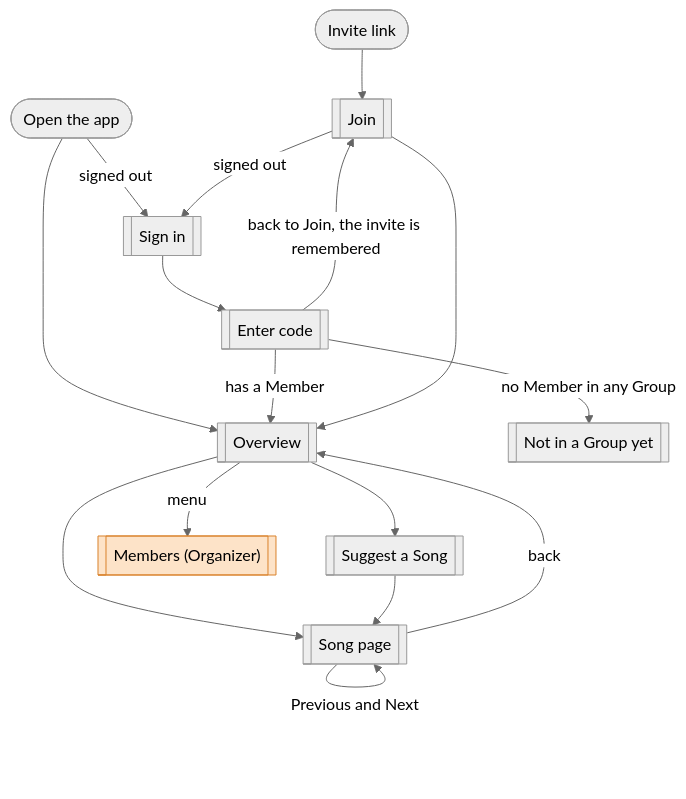
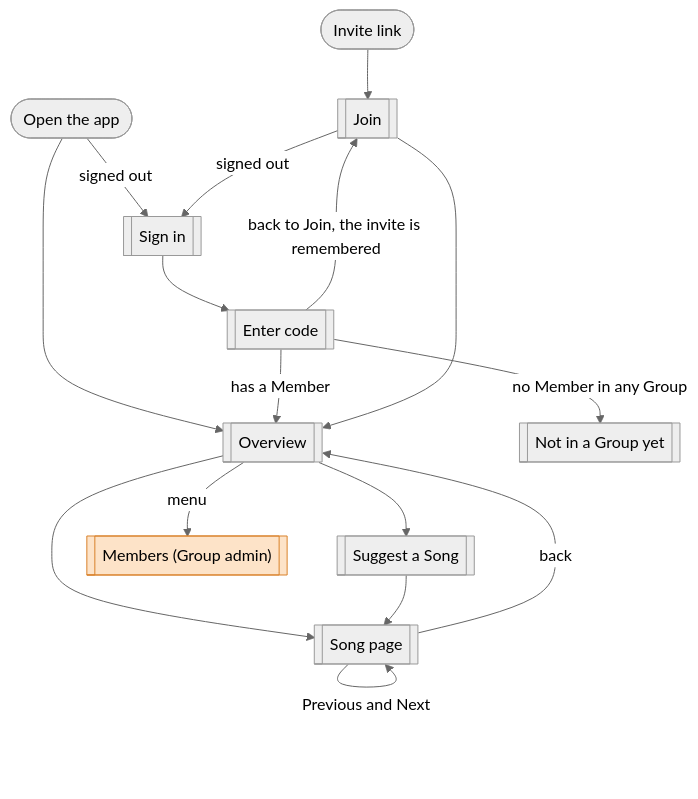
One commit to fekko-dev/musialize changed the sixth of 6 diagrams in docs/product/journeys.md. Above: the diagram before and after it, drawn with Mermaid (neutral theme). The commit also changed other lines of this file and 8 other files, not shown here.

First line of the commit message:
docs: rename Organizer to Group admin and Admin to Super admin

````diff
--- a/docs/product/journeys.md
+++ b/docs/product/journeys.md
@@ -136,20 +136,20 @@
 ```mermaid
 flowchart TD
     INV([Invite link]) --> JOIN[[Join]]
     APP([Open the app]) --> OV[[Overview]]
     APP -- signed out --> SI[[Sign in]]
     JOIN -- signed out --> SI
     SI --> CODE[[Enter code]]
     CODE -- back to Join, the invite is remembered --> JOIN
     CODE -- has a Member --> OV
     CODE -- no Member in any Group --> NG[[Not in a Group yet]]
     JOIN --> OV
     OV --> SUG[[Suggest a Song]]
     OV --> SONG[[Song page]]
     SUG --> SONG
     SONG -- Previous and Next --> SONG
     SONG -- back --> OV
-    OV -- menu --> MEM[["Members (Organizer)"]]:::org
+    OV -- menu --> MEM[["Members (Group admin)"]]:::org
 
     classDef org fill:#fde3c8,stroke:#d9822b,color:#000
 ```
````
